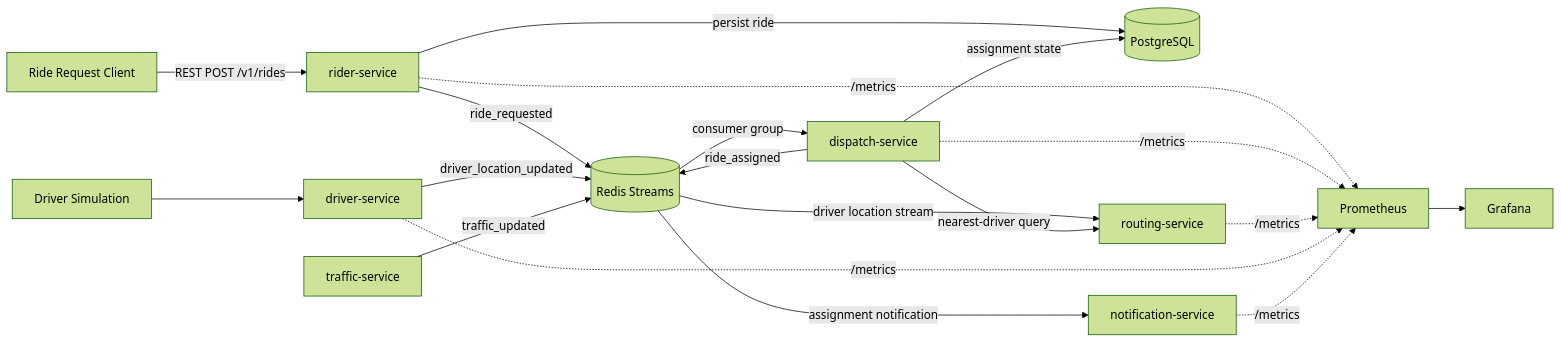
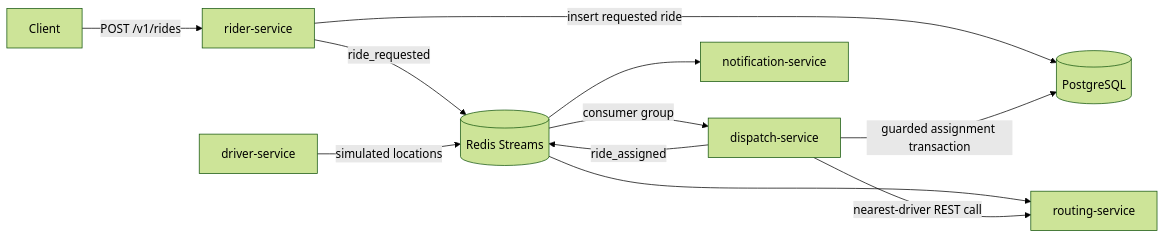
Before and after one commit to 96528025/MetroRide: the diagram in README.md, drawn with Mermaid (forest theme). The commit also changed other lines of this file and 4 other files, not shown here.

Commit message:
docs: sharpen architecture and verified system claims

````diff
--- a/README.md
+++ b/README.md
@@ -19,24 +29,13 @@
 ```mermaid
 flowchart LR
-    RiderClient[Ride Request Client] -->|REST POST /v1/rides| Rider[rider-service]
-    DriverSim[Driver Simulation] --> Driver[driver-service]
-
-    Rider -->|persist ride| Postgres[(PostgreSQL)]
+    Client[Client] -->|POST /v1/rides| Rider[rider-service]
+    Rider -->|insert requested ride| DB[(PostgreSQL)]
     Rider -->|ride_requested| Redis[(Redis Streams)]
-    Driver -->|driver_location_updated| Redis
-    Traffic[traffic-service] -->|traffic_updated| Redis
-
     Redis -->|consumer group| Dispatch[dispatch-service]
-    Redis -->|driver location stream| Routing[routing-service]
-    Dispatch -->|nearest-driver query| Routing
-    Dispatch -->|assignment state| Postgres
+    Driver[driver-service] -->|simulated locations| Redis
+    Redis --> Routing[routing-service]
+    Dispatch -->|nearest-driver REST call| Routing
+    Dispatch -->|guarded assignment transaction| DB
     Dispatch -->|ride_assigned| Redis
-    Redis -->|assignment notification| Notification[notification-service]
-
-    Rider -.->|/metrics| Prometheus[Prometheus]
-    Dispatch -.->|/metrics| Prometheus
-    Routing -.->|/metrics| Prometheus
-    Driver -.->|/metrics| Prometheus
-    Notification -.->|/metrics| Prometheus
-    Prometheus --> Grafana[Grafana]
+    Redis --> Notification[notification-service]
 ```
````
